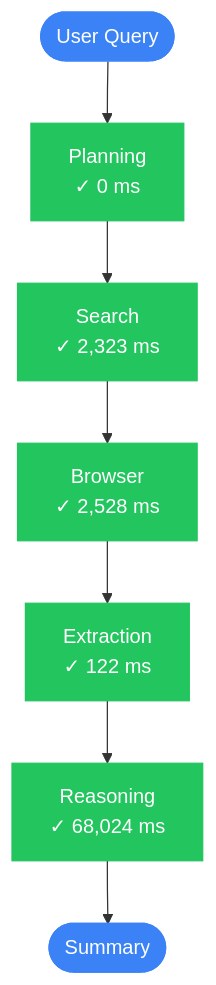
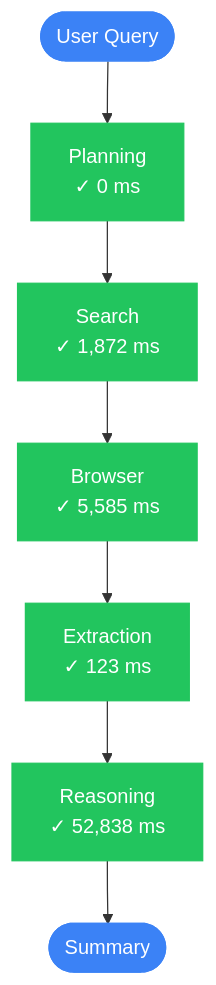
One commit to Nemathullahkhan/browser-agent-validation-pipeline changed the diagram in browser-agent-validation/workflow.mmd. Above: the diagram before and after it, drawn with Mermaid. The commit also changed 75 other files, not shown here.

```diff
--- a/browser-agent-validation/workflow.mmd
+++ b/browser-agent-validation/workflow.mmd
@@ -1,31 +1,31 @@
 flowchart TD
     %% Browser Agent Workflow
 
     user(["User Query"])
     planning["Planning\n✓ 0 ms"]
-    search["Search\n✓ 2,323 ms"]
-    browser["Browser\n✓ 2,528 ms"]
-    extraction["Extraction\n✓ 122 ms"]
-    reasoning["Reasoning\n✓ 68,024 ms"]
+    search["Search\n✓ 1,872 ms"]
+    browser["Browser\n✓ 5,585 ms"]
+    extraction["Extraction\n✓ 123 ms"]
+    reasoning["Reasoning\n✓ 52,838 ms"]
     summary(["Summary"])
 
     user --> planning
     planning --> search
     search --> browser
     browser --> extraction
     extraction --> reasoning
     reasoning --> summary
 
     style user fill:#3b82f6,color:#ffffff,stroke:#3b82f6
     style planning fill:#22c55e,color:#ffffff,stroke:#22c55e
     style search fill:#22c55e,color:#ffffff,stroke:#22c55e
     style browser fill:#22c55e,color:#ffffff,stroke:#22c55e
     style extraction fill:#22c55e,color:#ffffff,stroke:#22c55e
     style reasoning fill:#22c55e,color:#ffffff,stroke:#22c55e
     style summary fill:#3b82f6,color:#ffffff,stroke:#3b82f6
 
     %% Planning: ✓ 0 ms
-    %% Search: ✓ 2,323 ms
-    %% Browser: ✓ 2,528 ms
-    %% Extraction: ✓ 122 ms
-    %% Reasoning: ✓ 68,024 ms
+    %% Search: ✓ 1,872 ms
+    %% Browser: ✓ 5,585 ms
+    %% Extraction: ✓ 123 ms
+    %% Reasoning: ✓ 52,838 ms
```
